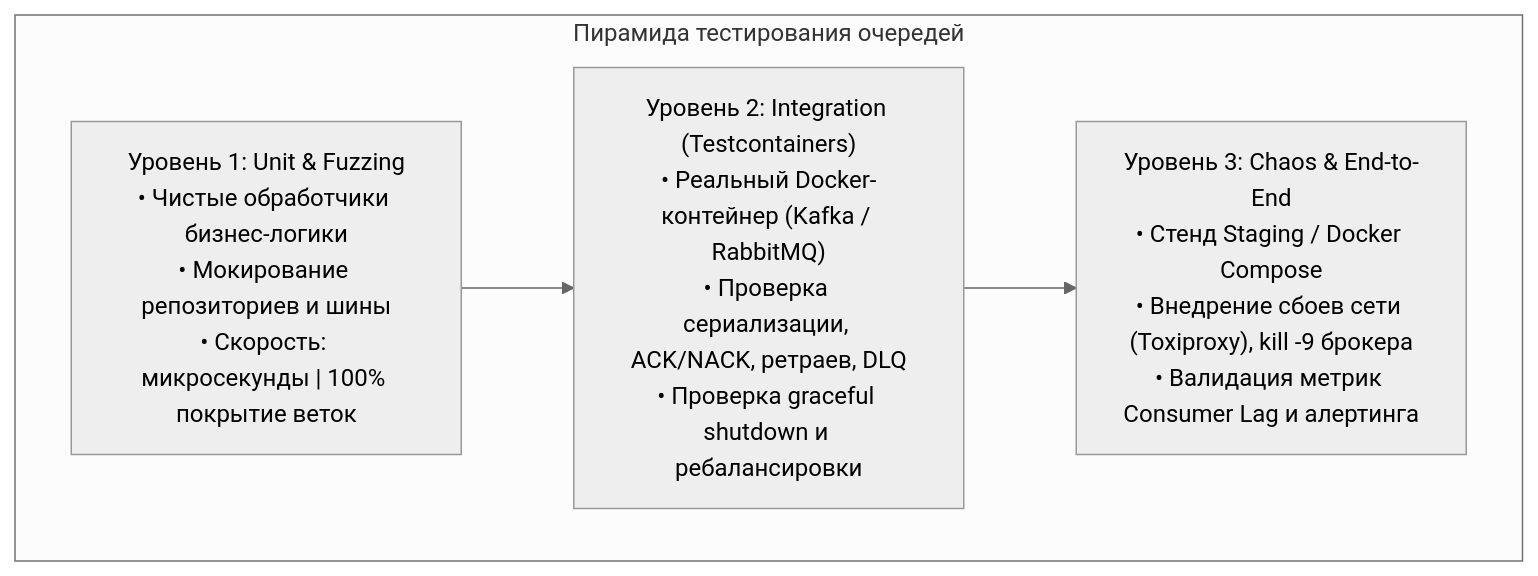
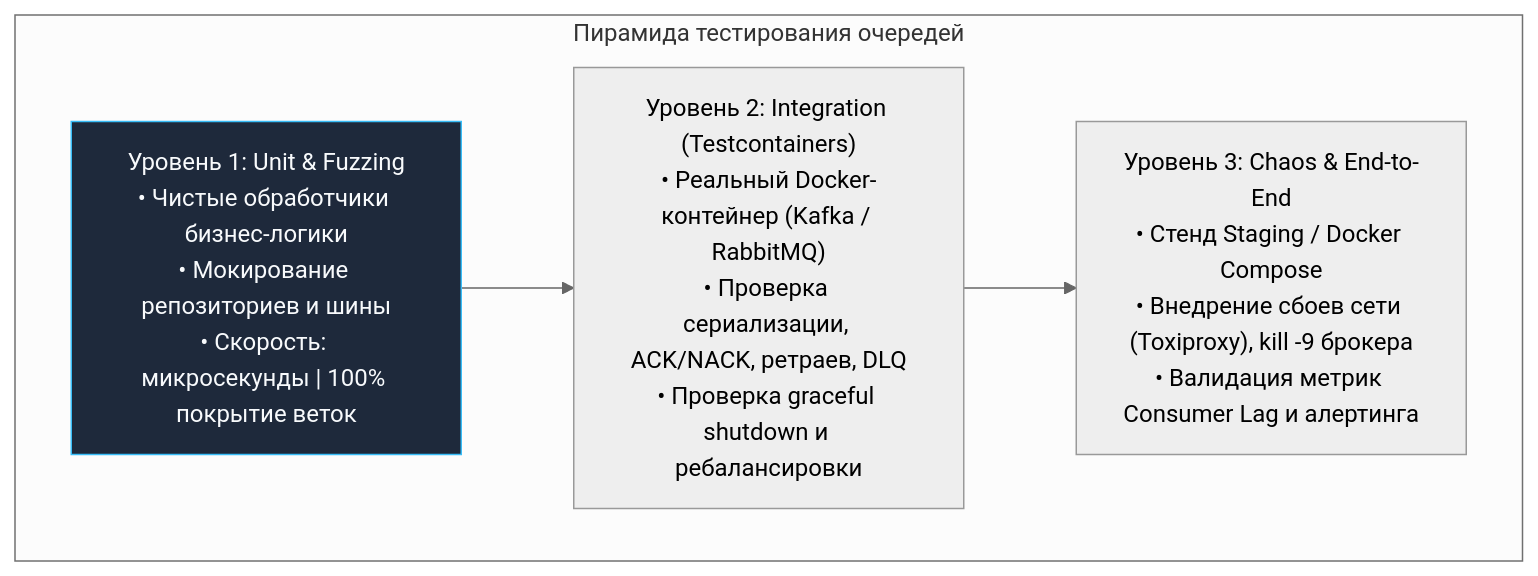
One commit to UnrealTemplier/go-textbook changed the second of 3 diagrams in sources/13. Очереди, брокеры сообщений и оркестраторы/07. Практика/7. Тестирование async систем.md. Above: the diagram before and after it, drawn with Mermaid (neutral theme). The commit also changed other lines of this file and 1666 other files, not shown here.

First line of the commit message:
feat(mermaid): add semantic color classDef to 1369 colorless flowchart/graph diagrams

````diff
--- a/sources/13. Очереди, брокеры сообщений и оркестраторы/07. Практика/7. Тестирование async систем.md
+++ b/sources/13. Очереди, брокеры сообщений и оркестраторы/07. Практика/7. Тестирование async систем.md
@@ -48,9 +58,19 @@
 ```mermaid
 flowchart TD
+    classDef process  fill:#1e293b,stroke:#38bdf8,stroke-width:1px,color:#f8fafc
+    classDef success  fill:#064e3b,stroke:#34d399,stroke-width:1px,color:#f8fafc
+    classDef error    fill:#7f1d1d,stroke:#f87171,stroke-width:1px,color:#f8fafc
+    classDef warning  fill:#78350f,stroke:#fbbf24,stroke-width:1px,color:#f8fafc
+    classDef entry    fill:#1e3a5f,stroke:#38bdf8,stroke-width:2px,color:#f8fafc
+    classDef aux      fill:#334155,stroke:#64748b,stroke-width:1px,color:#f8fafc
+    classDef system   fill:#312e81,stroke:#a78bfa,stroke-width:1px,color:#f8fafc
+    classDef data     fill:#132d29,stroke:#2dd4bf,stroke-width:1px,color:#f8fafc
+    classDef network  fill:#881337,stroke:#fb7185,stroke-width:1px,color:#f8fafc
+    classDef accent   fill:#1e1b4b,stroke:#818cf8,stroke-width:1px,color:#f8fafc
     subgraph "Пирамида тестирования очередей"
-        L1["Уровень 1: Unit & Fuzzing<br>• Чистые обработчики бизнес-логики<br>• Мокирование репозиториев и шины<br>• Скорость: микросекунды | 100% покрытие веток"]
+        L1["Уровень 1: Unit & Fuzzing<br>• Чистые обработчики бизнес-логики<br>• Мокирование репозиториев и шины<br>• Скорость: микросекунды | 100% покрытие веток"]:::process
         L2["Уровень 2: Integration (Testcontainers)<br>• Реальный Docker-контейнер (Kafka / RabbitMQ)<br>• Проверка сериализации, ACK/NACK, ретраев, DLQ<br>• Проверка graceful shutdown и ребалансировки"]
         L3["Уровень 3: Chaos & End-to-End<br>• Стенд Staging / Docker Compose<br>• Внедрение сбоев сети (Toxiproxy), kill -9 брокера<br>• Валидация метрик Consumer Lag и алертинга"]
     end
     L1 --> L2 --> L3
 ```
````
